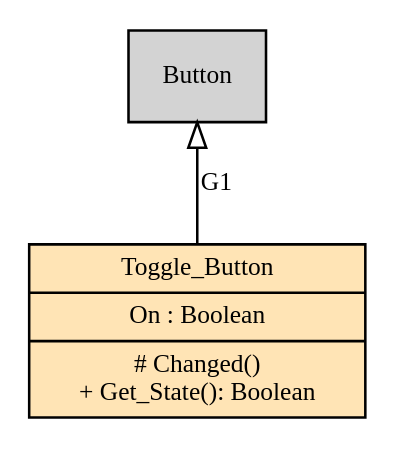
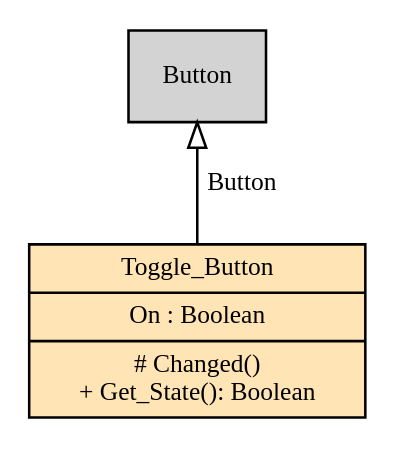
Before and after one commit to simonjwright/coldframe: the diagram in House_Management.images/House_Management.Toggle_Button.class.dot, drawn with Graphviz. The commit also changed 16 other files, not shown here.

```diff
--- a/House_Management.images/House_Management.Toggle_Button.class.dot
+++ b/House_Management.images/House_Management.Toggle_Button.class.dot
@@ -1,11 +1,11 @@
 digraph "Toggle_Button.class" {
       graph [root=Toggle_Button]
       edge [fontsize=10]
       node [shape=record, style=filled, fillcolor=lightgray, fontsize=10]
 
       
       Toggle_Button [fillcolor=moccasin, URL="#Toggle_Button", label="{Toggle_Button|On : Boolean|# Changed()\n+ Get_State(): Boolean}"]
 Button [URL="#Button"]
-Button -> Toggle_Button [label="G1", dir=back, arrowhead=none, arrowtail=onormal, URL="#G1"]
+Button -> Toggle_Button [label="Button", dir=back, arrowhead=none, arrowtail=onormal, URL="#Button"]
 
       }
```
